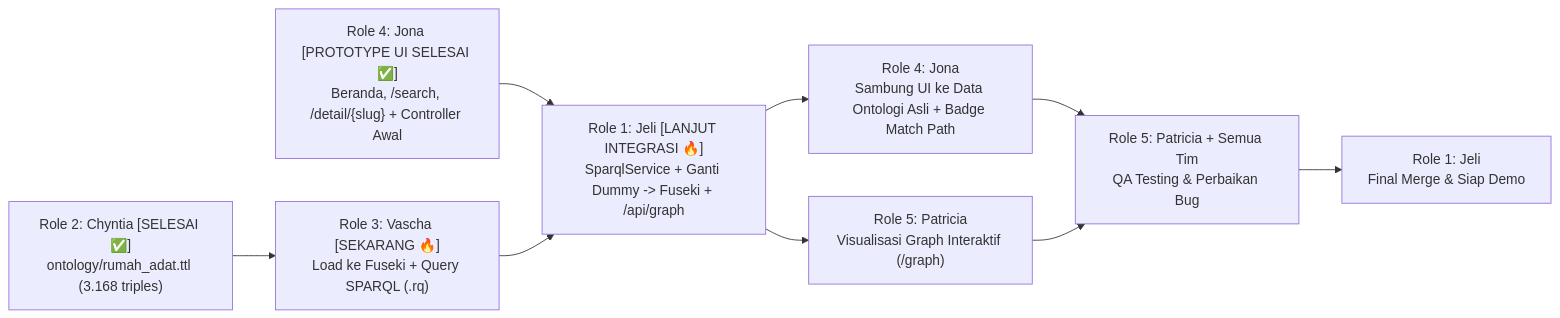
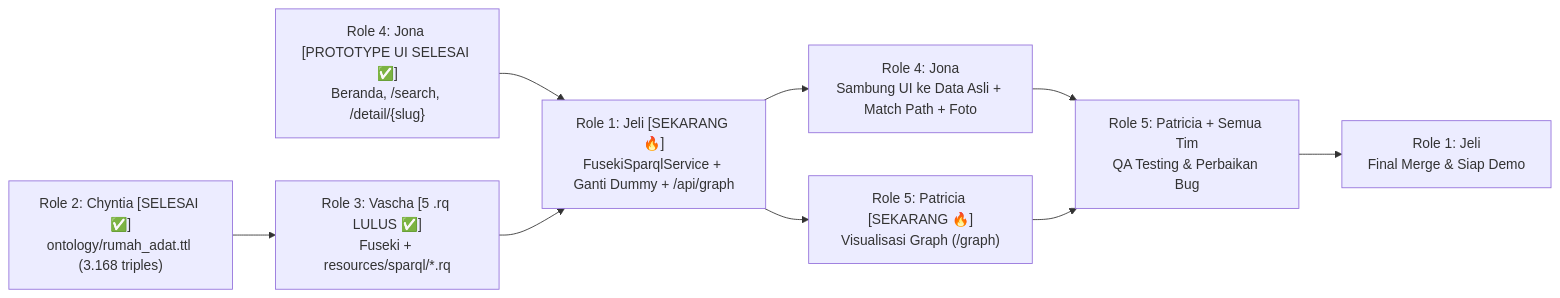
The diagram in tubes_rumah_adat/URUTAN_PENGERJAAN.md (jelialvonzolaia-sys/web-semantik-kelompok07), drawn with Mermaid before and after one commit. The commit also changed other lines of this file and 3 other files, not shown here.

````diff
--- a/tubes_rumah_adat/URUTAN_PENGERJAAN.md
+++ b/tubes_rumah_adat/URUTAN_PENGERJAAN.md
@@ -34,11 +34,11 @@
 ```mermaid
 flowchart LR
-    R2["Role 2: Chyntia [SELESAI ✅]<br/>ontology/rumah_adat.ttl (3.168 triples)"] --> R3["Role 3: Vascha [SEKARANG 🔥]<br/>Load ke Fuseki + Query SPARQL (.rq)"]
-    R4P["Role 4: Jona [PROTOTYPE UI SELESAI ✅]<br/>Beranda, /search, /detail/{slug} + Controller Awal"] --> R1["Role 1: Jeli [LANJUT INTEGRASI 🔥]<br/>SparqlService + Ganti Dummy -> Fuseki + /api/graph"]
+    R2["Role 2: Chyntia [SELESAI ✅]<br/>ontology/rumah_adat.ttl (3.168 triples)"] --> R3["Role 3: Vascha [5 .rq LULUS ✅]<br/>Fuseki + resources/sparql/*.rq"]
+    R4P["Role 4: Jona [PROTOTYPE UI SELESAI ✅]<br/>Beranda, /search, /detail/{slug}"] --> R1["Role 1: Jeli [SEKARANG 🔥]<br/>FusekiSparqlService + Ganti Dummy + /api/graph"]
     R3 --> R1
-    R1 --> R4F["Role 4: Jona<br/>Sambung UI ke Data Ontologi Asli + Badge Match Path"]
-    R1 --> R5["Role 5: Patricia<br/>Visualisasi Graph Interaktif (/graph)"]
+    R1 --> R4F["Role 4: Jona<br/>Sambung UI ke Data Asli + Match Path + Foto"]
+    R1 --> R5["Role 5: Patricia [SEKARANG 🔥]<br/>Visualisasi Graph (/graph)"]
     R4F --> QA["Role 5: Patricia + Semua Tim<br/>QA Testing & Perbaikan Bug"]
     R5 --> QA
     QA --> DEMO["Role 1: Jeli<br/>Final Merge & Siap Demo"]
 ```
````
